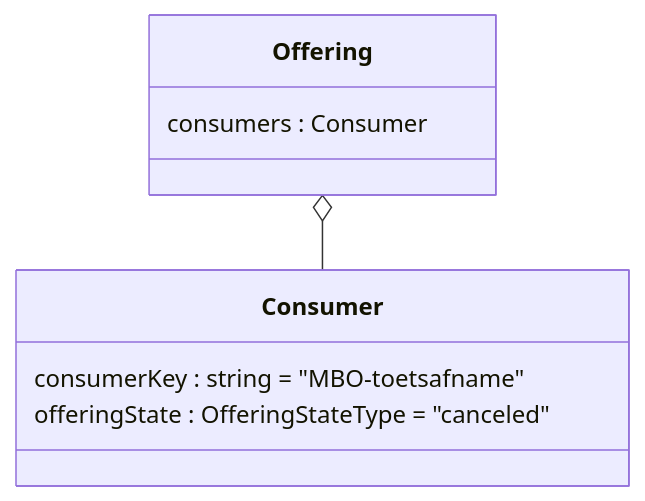
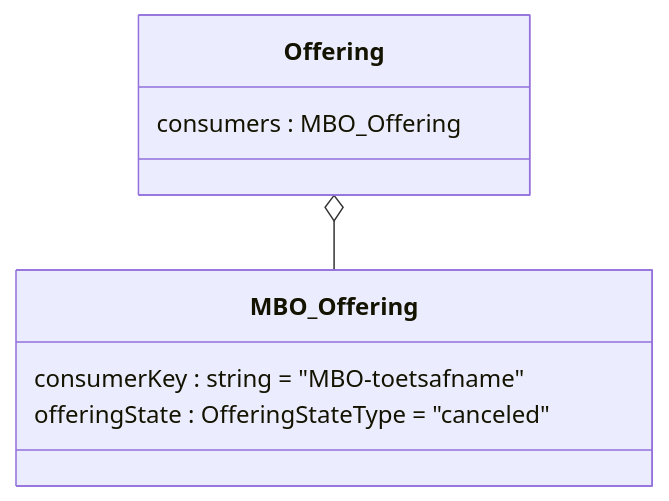
Before and after one commit to NetwerkExamineringDigitalisering/NED-OOAPI: the ninth of 10 diagrams in doc/flow2.md, drawn with Mermaid. The commit also changed other lines of this file, not shown here.

````diff
--- a/doc/flow2.md
+++ b/doc/flow2.md
@@ -379,11 +386,11 @@
 ```mermaid
 classDiagram
     class Offering {
-	consumers : Consumer
+	consumers : MBO_Offering
     }
-    class Consumer {
+    class MBO_Offering {
     	consumerKey : string = "MBO-toetsafname"
 	offeringState : OfferingStateType = "canceled"
     }
-    Offering o-- Consumer
+    Offering o-- MBO_Offering
 ```
````
